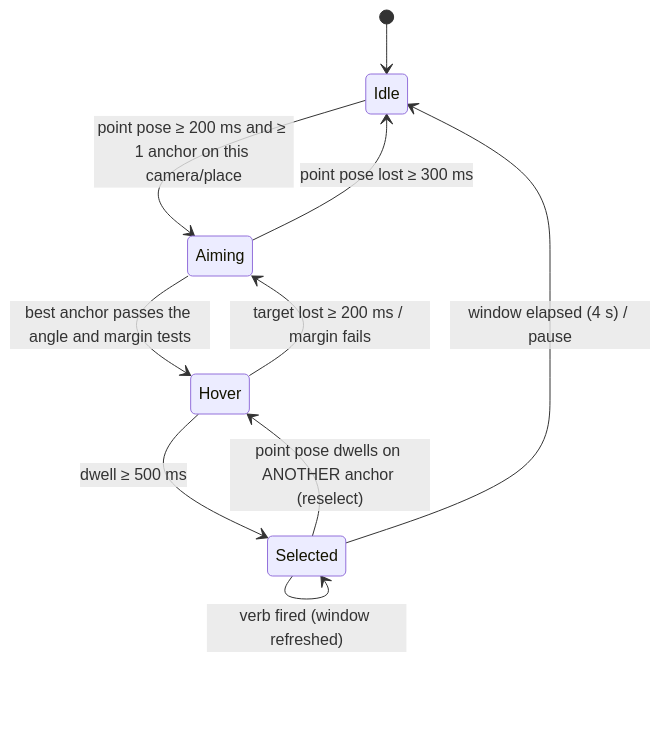
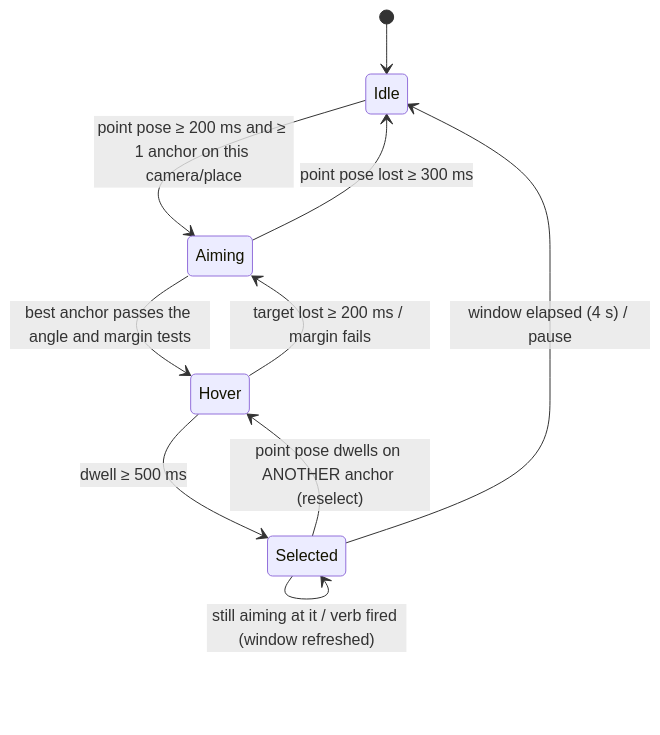
One commit to joselcaguilar/flick changed the diagram in docs/spec/09-device-targeting.md. Above: the diagram before and after it, drawn with Mermaid. The commit also changed other lines of this file and 10 other files, not shown here.

````diff
--- a/docs/spec/09-device-targeting.md
+++ b/docs/spec/09-device-targeting.md
@@ -41,12 +41,12 @@
 ```mermaid
 stateDiagram-v2
   [*] --> Idle
   Idle --> Aiming: point pose ≥ 200 ms and ≥ 1 anchor on this camera/place
   Aiming --> Hover: best anchor passes the angle and margin tests
   Hover --> Aiming: target lost ≥ 200 ms / margin fails
   Hover --> Selected: dwell ≥ 500 ms
-  Selected --> Selected: verb fired (window refreshed)
+  Selected --> Selected: still aiming at it / verb fired (window refreshed)
   Selected --> Hover: point pose dwells on ANOTHER anchor (reselect)
   Selected --> Idle: window elapsed (4 s) / pause
   Aiming --> Idle: point pose lost ≥ 300 ms
 ```
````
